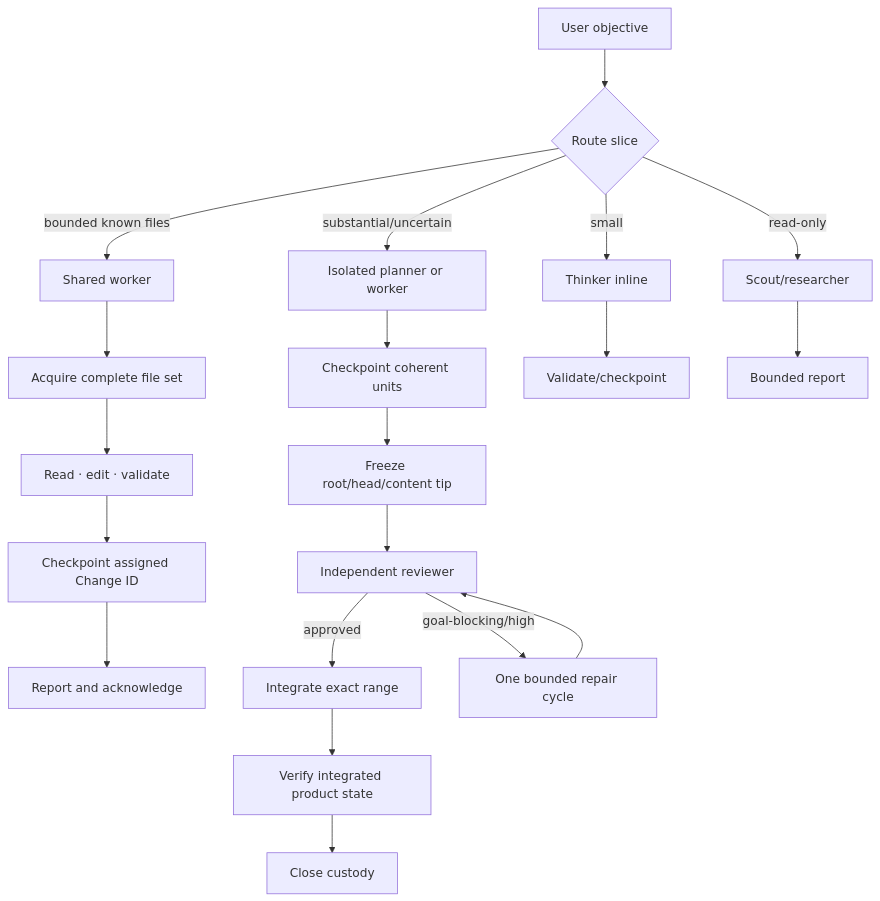
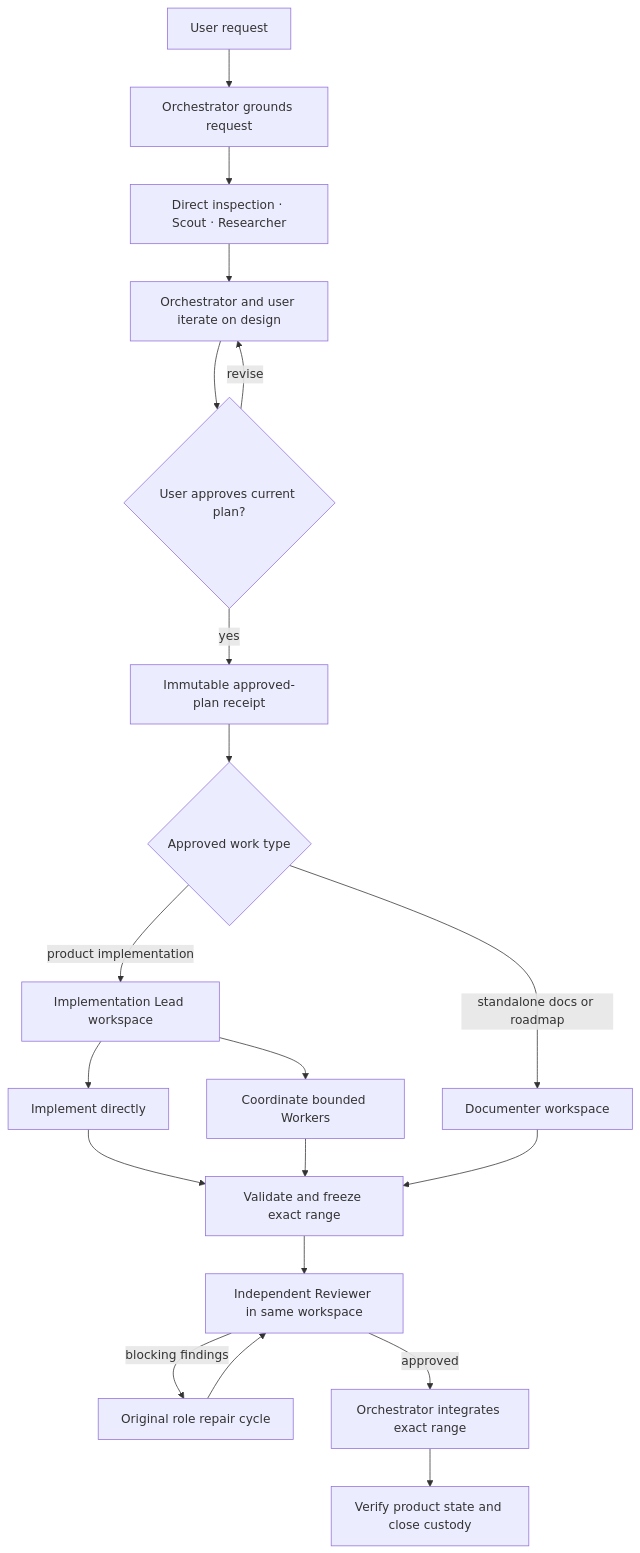
One commit to xavierchanth/pi-guardian changed the diagram in docs/concurrency/README.md. Above: the diagram before and after it, drawn with Mermaid. The commit also changed other lines of this file and 70 other files, not shown here.

````diff
--- a/docs/concurrency/README.md
+++ b/docs/concurrency/README.md
@@ -70,25 +19,22 @@
 ```mermaid
 flowchart TD
-  Objective[User objective] --> Route{Route slice}
-  Route -->|small| Inline[Thinker inline]
-  Route -->|bounded known files| Shared[Shared worker]
-  Route -->|substantial/uncertain| Isolated[Isolated planner or worker]
-  Route -->|read-only| Evidence[Scout/researcher]
-
-  Shared --> Claim[Acquire complete file set]
-  Claim --> SharedEdit[Read · edit · validate]
-  SharedEdit --> Checkpoint[Checkpoint assigned Change ID]
-  Checkpoint --> Ack[Report and acknowledge]
-
-  Isolated --> Work[Checkpoint coherent units]
-  Work --> Freeze[Freeze root/head/content tip]
-  Freeze --> Review[Independent reviewer]
-  Review -->|approved| Integrate[Integrate exact range]
-  Review -->|goal-blocking/high| Repair[One bounded repair cycle]
+  Request[User request] --> Ground[Orchestrator grounds request]
+  Ground --> Evidence[Direct inspection · Scout · Researcher]
+  Evidence --> Design[Orchestrator and user iterate on design]
+  Design --> Decision{User approves current plan?}
+  Decision -->|revise| Design
+  Decision -->|yes| Approval[Immutable approved-plan receipt]
+  Approval --> Route{Approved work type}
+  Route -->|product implementation| Lead[Implementation Lead workspace]
+  Route -->|standalone docs or roadmap| Documenter[Documenter workspace]
+  Lead --> Direct[Implement directly]
+  Lead --> Workers[Coordinate bounded Workers]
+  Direct --> Freeze[Validate and freeze exact range]
+  Workers --> Freeze
+  Documenter --> Freeze
+  Freeze --> Review[Independent Reviewer in same workspace]
+  Review -->|blocking findings| Repair[Original role repair cycle]
   Repair --> Review
-  Integrate --> Verify[Verify integrated product state]
-  Verify --> Close[Close custody]
-
-  Inline --> VerifyInline[Validate/checkpoint]
-  Evidence --> Collect[Bounded report]
+  Review -->|approved| Integrate[Orchestrator integrates exact range]
+  Integrate --> Verify[Verify product state and close custody]
 ```
````
